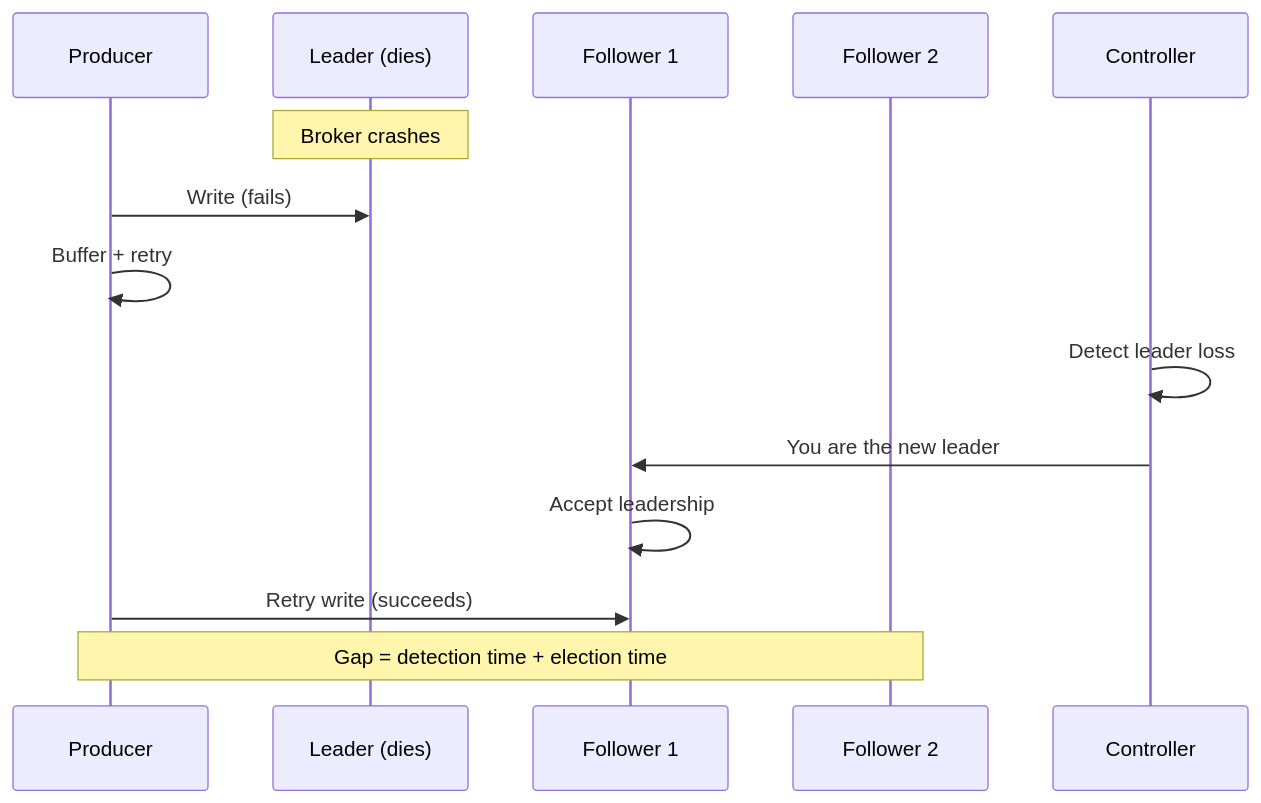
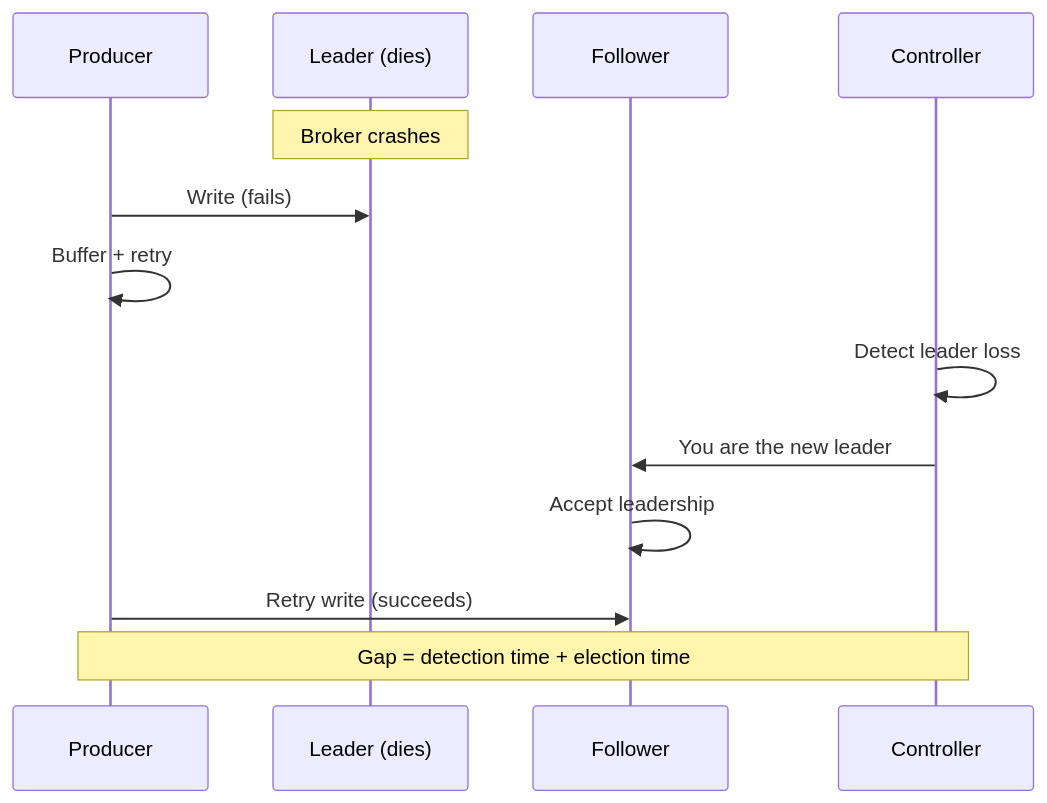
One commit to bmscomp/kates changed the third of 5 diagrams in docs/book/06-chaos-theory.md. Above: the diagram before and after it, drawn with Mermaid. The commit also changed other lines of this file and 52 other files, not shown here.

````diff
--- a/docs/book/06-chaos-theory.md
+++ b/docs/book/06-chaos-theory.md
@@ -199,21 +184,20 @@
 ```mermaid
 %%| label: fig-chaos-leader-election
-%%| fig-cap: "When a partition's leader dies, the producer buffers and retries while the controller promotes a follower; the gap it sees is detection time plus election time."
-%%| fig-alt: "Sequence diagram with a producer, the leader that dies, two followers and the controller. The leader broker crashes and the producer's write to it fails, so the producer buffers and retries. The controller detects the leader loss and tells follower 1 it is the new leader, and follower 1 accepts. The producer's retried write to follower 1 succeeds. A note marks the gap as detection time plus election time."
+%%| fig-cap: "When a partition's leader dies, the producer buffers and retries while the controller promotes a follower; the hypothesis must bound that gap, detection time plus election time."
+%%| fig-alt: "Sequence diagram with a producer, the leader that dies, a follower and the controller. The leader broker crashes and the producer's write to it fails, so the producer buffers and retries. The controller detects the leader loss and tells the follower it is the new leader, and the follower accepts. The producer's retried write to the follower succeeds. A note marks the gap as detection time plus election time."
 sequenceDiagram
     participant P as Producer
     participant L as Leader (dies)
-    participant F1 as Follower 1
-    participant F2 as Follower 2
+    participant F as Follower
     participant Ctrl as Controller
-    
+
     Note over L: Broker crashes
     P->>L: Write (fails)
     P->>P: Buffer + retry
     Ctrl->>Ctrl: Detect leader loss
-    Ctrl->>F1: You are the new leader
-    F1->>F1: Accept leadership
-    P->>F1: Retry write (succeeds)
-    
-    Note over P,F2: Gap = detection time + election time
+    Ctrl->>F: You are the new leader
+    F->>F: Accept leadership
+    P->>F: Retry write (succeeds)
+
+    Note over P,Ctrl: Gap = detection time + election time
 ```
````
